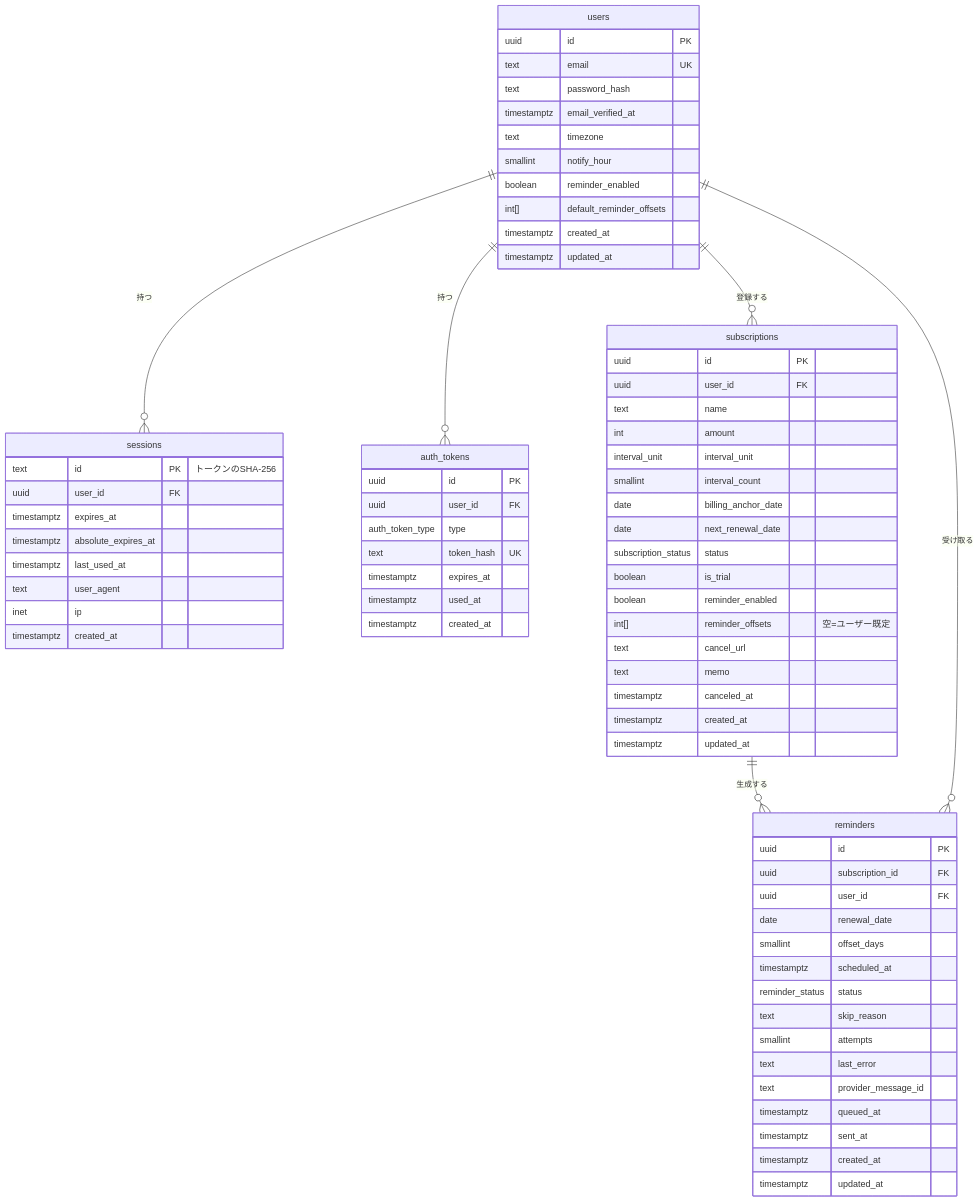
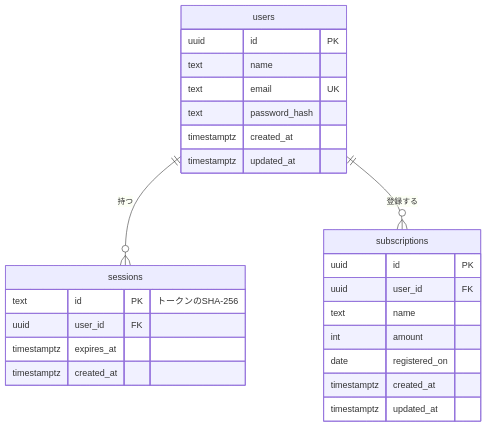
The diagram in docs/04_database.md (koume21/subscription-manager), drawn with Mermaid before and after one commit. The commit also changed other lines of this file and 8 other files, not shown here.

````diff
--- a/docs/04_database.md
+++ b/docs/04_database.md
@@ -11,76 +21,29 @@
 ```mermaid
 erDiagram
   users ||--o{ sessions : "持つ"
-  users ||--o{ auth_tokens : "持つ"
   users ||--o{ subscriptions : "登録する"
-  subscriptions ||--o{ reminders : "生成する"
-  users ||--o{ reminders : "受け取る"
 
   users {
     uuid id PK
+    text name
     text email UK
     text password_hash
-    timestamptz email_verified_at
-    text timezone
-    smallint notify_hour
-    boolean reminder_enabled
-    int[] default_reminder_offsets
     timestamptz created_at
     timestamptz updated_at
   }
   sessions {
     text id PK "トークンのSHA-256"
     uuid user_id FK
     timestamptz expires_at
-    timestamptz absolute_expires_at
-    timestamptz last_used_at
-    text user_agent
-    inet ip
-    timestamptz created_at
-  }
-  auth_tokens {
-    uuid id PK
-    uuid user_id FK
-    auth_token_type type
-    text token_hash UK
-    timestamptz expires_at
-    timestamptz used_at
     timestamptz created_at
   }
   subscriptions {
     uuid id PK
     uuid user_id FK
     text name
     int amount
-    interval_unit interval_unit
-    smallint interval_count
-    date billing_anchor_date
-    date next_renewal_date
-    subscription_status status
-    boolean is_trial
-    boolean reminder_enabled
-    int[] reminder_offsets "空=ユーザー既定"
-    text cancel_url
-    text memo
-    timestamptz canceled_at
-    timestamptz created_at
-    timestamptz updated_at
-  }
-  reminders {
-    uuid id PK
-    uuid subscription_id FK
-    uuid user_id FK
-    date renewal_date
-    smallint offset_days
-    timestamptz scheduled_at
-    reminder_status status
-    text skip_reason
-    smallint attempts
-    text last_error
-    text provider_message_id
-    timestamptz queued_at
-    timestamptz sent_at
+    date registered_on
     timestamptz created_at
     timestamptz updated_at
   }
 ```
````
